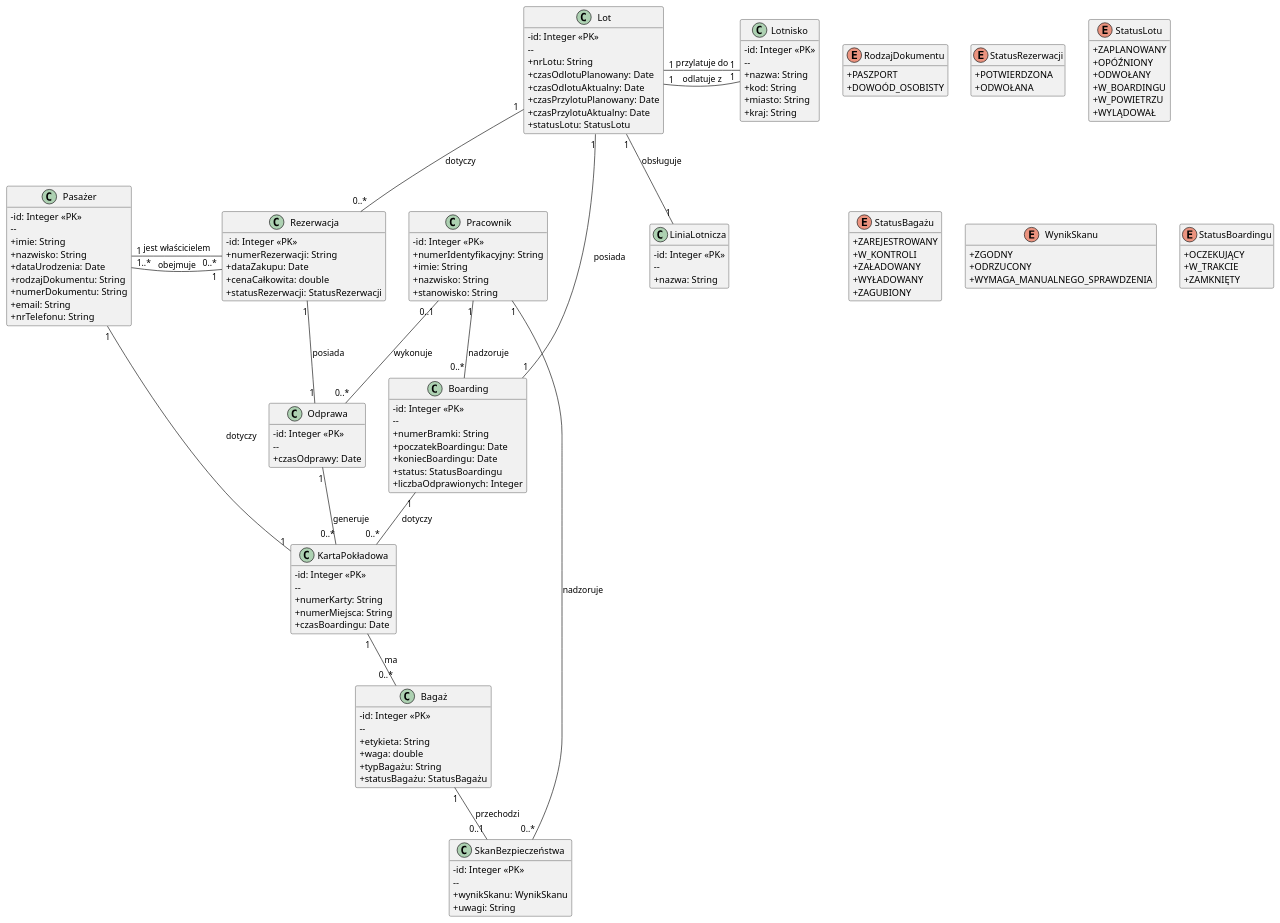
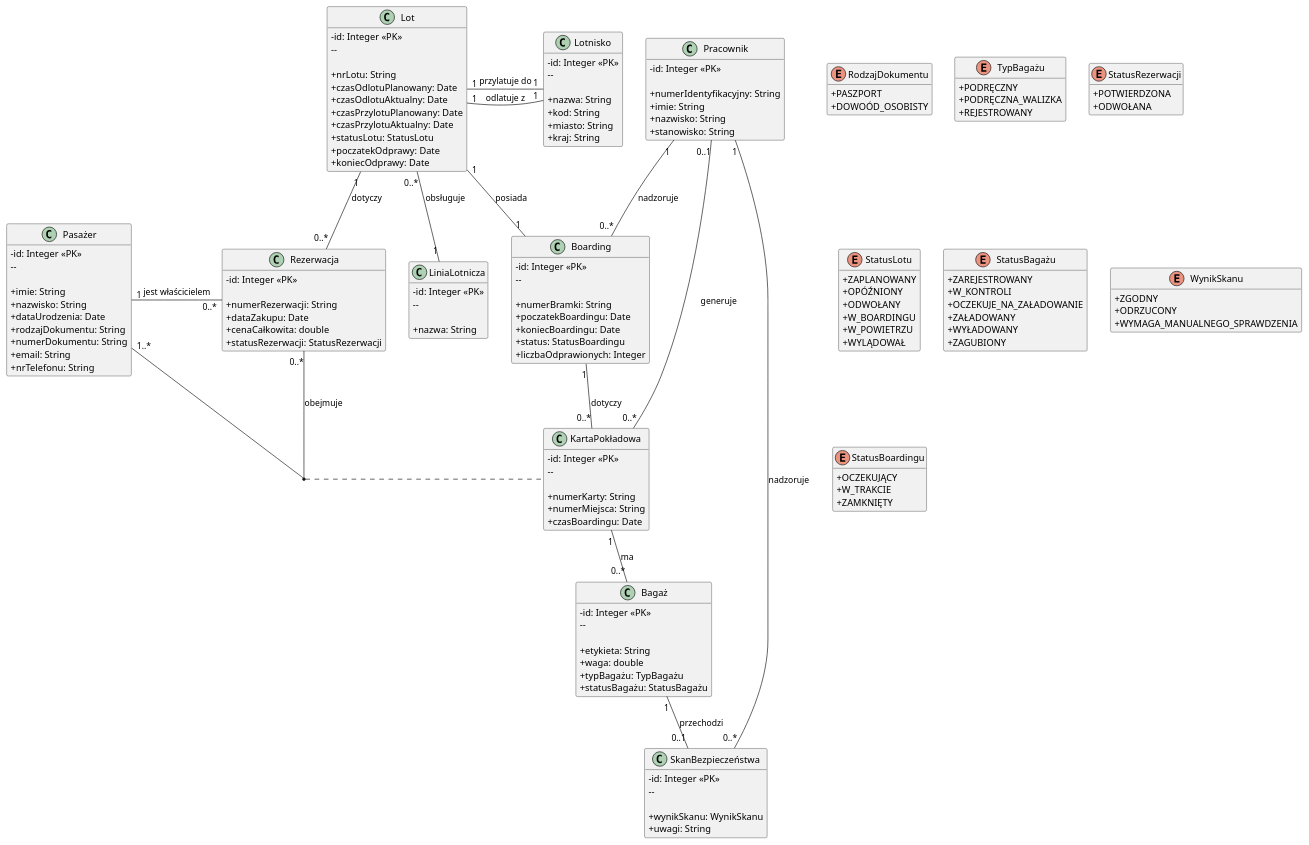
The diagram in Diagram_klas/Diagram_klas_pasażerowie_i_odprawy.md (lsok02/PSI), drawn with PlantUML before and after one commit. The commit also changed 1 other file, not shown here.

Commit message:
fix class diagram

```diff
--- a/Diagram_klas/Diagram_klas_pasażerowie_i_odprawy.md
+++ b/Diagram_klas/Diagram_klas_pasażerowie_i_odprawy.md
@@ -2,18 +2,25 @@
 hide methods
 skinparam classAttributeIconSize 0
 
+enum RodzajDokumentu {
 
-enum RodzajDokumentu {
 + PASZPORT
 + DOWOÓD_OSOBISTY
   }
+  enum TypBagażu {
++ PODRĘCZNY
++ PODRĘCZNA_WALIZKA
++ REJESTROWANY
+  }
 
 enum StatusRezerwacji {
+
 + POTWIERDZONA
 + ODWOŁANA
   }
 
 enum StatusLotu {
+
 + ZAPLANOWANY
 + OPÓŹNIONY
 + ODWOŁANY
@@ -23,34 +30,42 @@
   }
 
 enum StatusBagażu {
+
 + ZAREJESTROWANY
 + W_KONTROLI
++ OCZEKUJE_NA_ZAŁADOWANIE
 + ZAŁADOWANY
 + WYŁADOWANY
 + ZAGUBIONY
   }
 
 enum WynikSkanu {
+
 + ZGODNY
 + ODRZUCONY
 + WYMAGA_MANUALNEGO_SPRAWDZENIA
   }
 
 enum StatusBoardingu {
+
 + OCZEKUJĄCY
 + W_TRAKCIE
 + ZAMKNIĘTY
   }
 
 class LiniaLotnicza {
+
 - id: Integer <<PK>>
   --
+
 + nazwa: String
   }
 
 class Pasażer {
+
 - id: Integer <<PK>>
   --
+
 + imie: String
 + nazwisko: String
 + dataUrodzenia: Date
@@ -61,53 +76,56 @@
   }
 
 class Lot {
+
 - id: Integer <<PK>>
   --
+
 + nrLotu: String
 + czasOdlotuPlanowany: Date
 + czasOdlotuAktualny: Date
 + czasPrzylotuPlanowany: Date
 + czasPrzylotuAktualny: Date
 + statusLotu: StatusLotu
++ poczatekOdprawy: Date
++ koniecOdprawy: Date
   }
 
 class Rezerwacja {
+
 - id: Integer <<PK>>
+
 + numerRezerwacji: String
 + dataZakupu: Date
 + cenaCałkowita: double
 + statusRezerwacji: StatusRezerwacji
   }
 
+class KartaPokładowa {
 
-class Odprawa {
 - id: Integer <<PK>>
   --
-+ czasOdprawy: Date
-  }
 
-
-class KartaPokładowa {
-- id: Integer <<PK>>
-  --
 + numerKarty: String
 + numerMiejsca: String
 + czasBoardingu: Date
   }
 
+class Bagaż {
 
-class Bagaż {
 - id: Integer <<PK>>
   --
+
 + etykieta: String
 + waga: double
-+ typBagażu: String
++ typBagażu: TypBagażu
 + statusBagażu: StatusBagażu
   }
 
 class Boarding {
+
 - id: Integer <<PK>>
   --
+
 + numerBramki: String
 + poczatekBoardingu: Date
 + koniecBoardingu: Date
@@ -115,46 +133,41 @@
 + liczbaOdprawionych: Integer
   }
 
+class SkanBezpieczeństwa {
 
-
-class SkanBezpieczeństwa {
 - id: Integer <<PK>>
   --
+
 + wynikSkanu: WynikSkanu
 + uwagi: String
   }
 
 class Pracownik {
+
 - id: Integer <<PK>>
+
 + numerIdentyfikacyjny: String
 + imie: String
 + nazwisko: String
 + stanowisko: String
   }
 
+class Lotnisko {
 
-class Lotnisko {
 - id: Integer <<PK>>
   --
+
 + nazwa: String
 + kod: String
 + miasto: String
 + kraj: String
   }
 
-
 Pasażer "1" - "0..*" Rezerwacja : jest właścicielem
 
-Rezerwacja "1" -- "1..*" Pasażer : obejmuje
+Rezerwacja "0..*" -- "1..*" Pasażer : obejmuje
 
-Rezerwacja "1" -- "1" Odprawa : posiada
-
-Odprawa "1" -- "0..*" KartaPokładowa : generuje
-
-KartaPokładowa "1" -- "1" Pasażer : dotyczy
-
-Pracownik "0..1" -- "0..*" Odprawa : wykonuje
-
+Pracownik "0..1" -- "0..*" KartaPokładowa : generuje
 
 Lot "1" - "1" Lotnisko : odlatuje z
 Lot "1" - "1" Lotnisko : przylatuje do
@@ -166,5 +179,7 @@
 
 Pracownik "1" -- "0..*" SkanBezpieczeństwa : nadzoruje
 Pracownik "1" -- "0..*" Boarding : nadzoruje
-Lot "1" -- "1" LiniaLotnicza : obsługuje
+Lot "0..*" -- "1" LiniaLotnicza : obsługuje
+
+(Pasażer, Rezerwacja) .. KartaPokładowa
 @enduml
```
